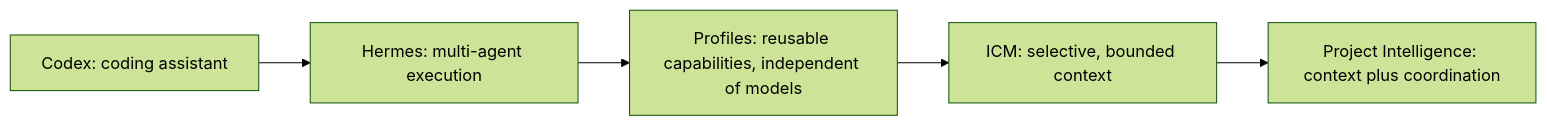
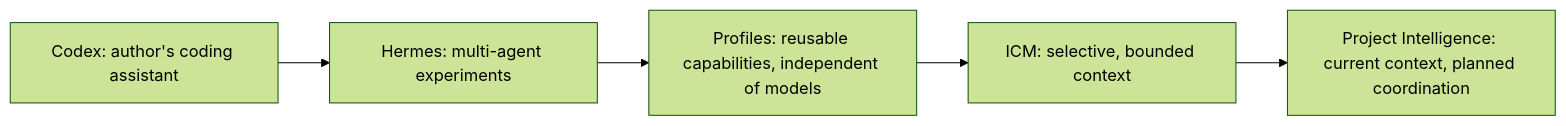
One commit to dinisroxo99/hermes-nexus changed the diagram in docs/VISION.md. Above: the diagram before and after it, drawn with Mermaid (forest theme). The commit also changed other lines of this file and 2 other files, not shown here.

Commit message:
docs: clarify project origins and analyzer evidence boundaries

````diff
--- a/docs/VISION.md
+++ b/docs/VISION.md
@@ -28,7 +34,7 @@
 ```mermaid
 flowchart LR
-    C["Codex: coding assistant"] --> H["Hermes: multi-agent execution"]
+    C["Codex: author's coding assistant"] --> H["Hermes: multi-agent experiments"]
     H --> P["Profiles: reusable capabilities, independent of models"]
     P --> I["ICM: selective, bounded context"]
-    I --> PI["Project Intelligence: context plus coordination"]
+    I --> PI["Project Intelligence: current context, planned coordination"]
 ```
````
